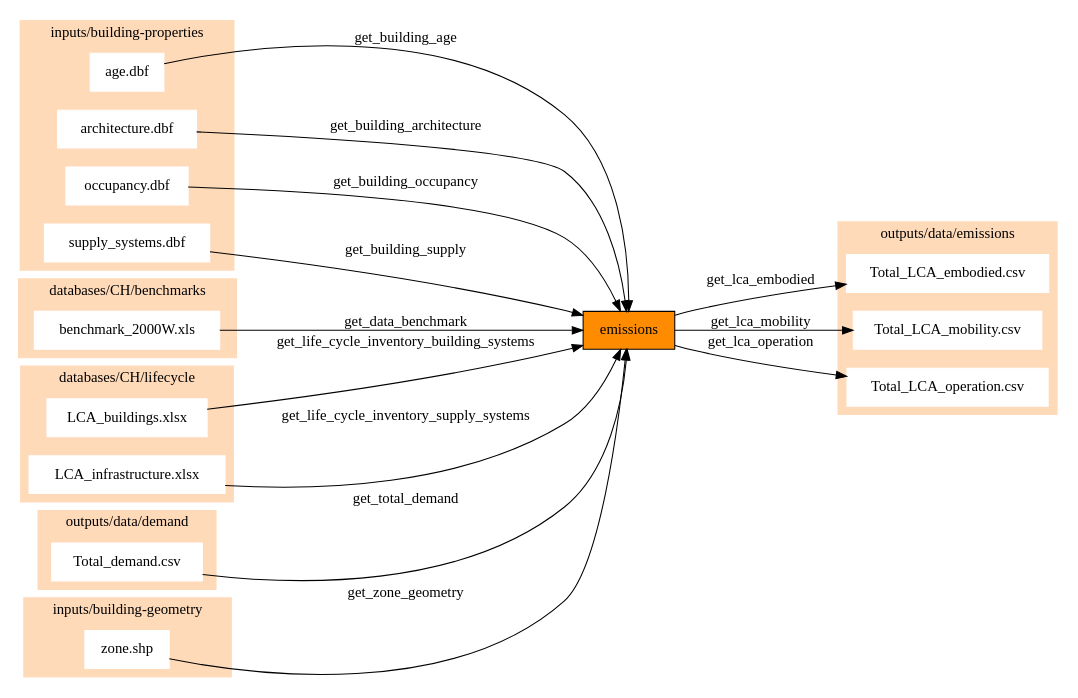
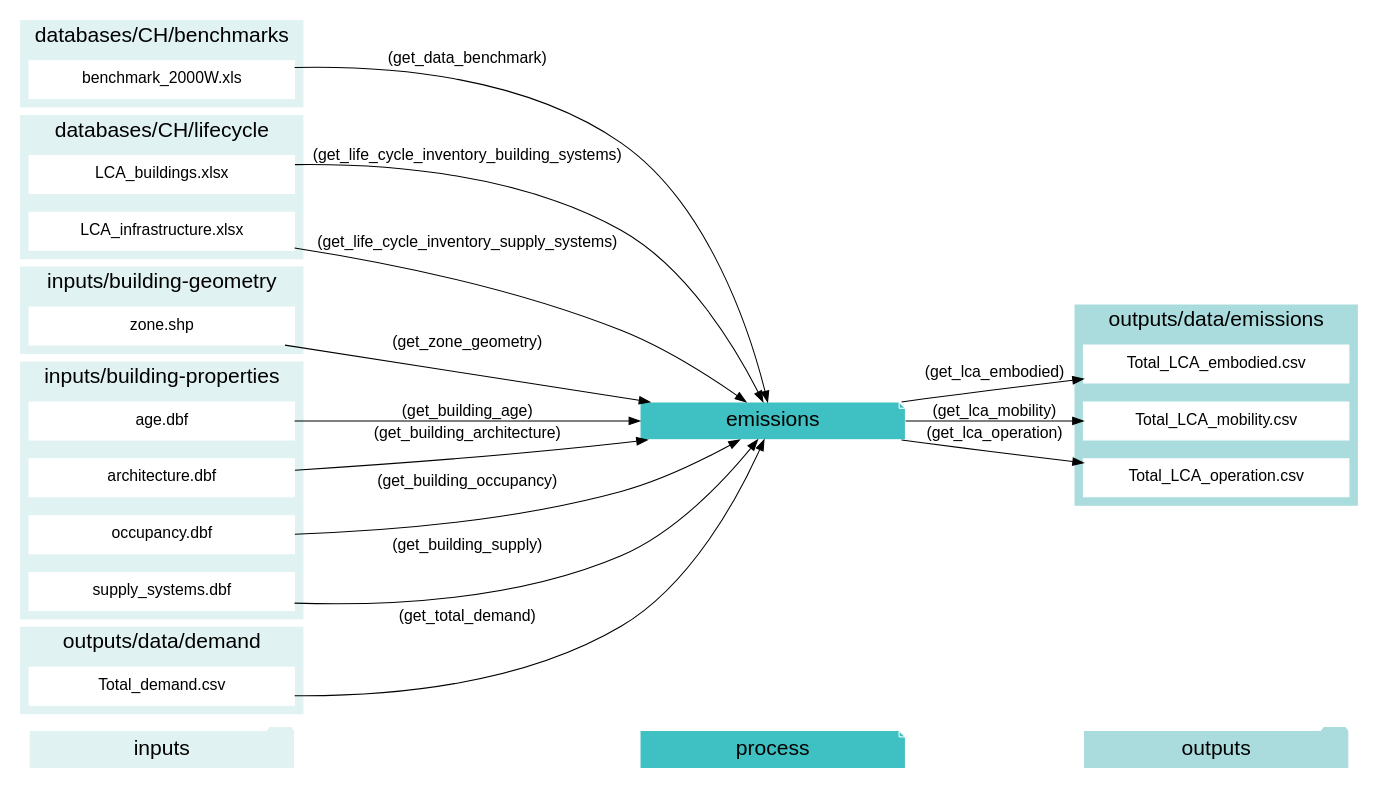
One commit to architecture-building-systems/CityEnergyAnalyst changed the diagram in docs/script_dependencies/emissions.gv. Above: the diagram before and after it, drawn with Graphviz. The commit also changed 20 other files, not shown here.

```diff
--- a/docs/script_dependencies/emissions.gv
+++ b/docs/script_dependencies/emissions.gv
@@ -1,60 +1,83 @@
 digraph trace_inputlocator {
     rankdir="LR";
-    node [shape=box];
-    graph [overlap = false];
-    "emissions"[style=filled, fillcolor=darkorange];
-    "age.dbf" -> "emissions"[label="get_building_age"]
-    "architecture.dbf" -> "emissions"[label="get_building_architecture"]
-    "occupancy.dbf" -> "emissions"[label="get_building_occupancy"]
-    "supply_systems.dbf" -> "emissions"[label="get_building_supply"]
-    "benchmark_2000W.xls" -> "emissions"[label="get_data_benchmark"]
-    "LCA_buildings.xlsx" -> "emissions"[label="get_life_cycle_inventory_building_systems"]
-    "LCA_infrastructure.xlsx" -> "emissions"[label="get_life_cycle_inventory_supply_systems"]
-    "Total_demand.csv" -> "emissions"[label="get_total_demand"]
-    "zone.shp" -> "emissions"[label="get_zone_geometry"]
-    "emissions" -> "Total_LCA_embodied.csv"[label="get_lca_embodied"]
-    "emissions" -> "Total_LCA_mobility.csv"[label="get_lca_mobility"]
-    "emissions" -> "Total_LCA_operation.csv"[label="get_lca_operation"]
-    subgraph cluster_0 {
+    graph [overlap=false, fontname=arial];
+    node [shape=box, style=filled, color=white, fontsize=15, fontname=arial, fixedsize=true, width=3.5];
+    edge [fontname=arial, fontsize = 15]
+    newrank=true
+    subgraph cluster_legend {
+    fontsize=25
+    style=invis
+    "process"[style=filled, fillcolor="#3FC0C2", shape=note, fontsize=20, fontname="arial"]
+    "inputs" [style=filled, shape=folder, color=white, fillcolor="#E1F2F2", fontsize=20]
+    "outputs"[style=filled, shape=folder, color=white, fillcolor="#aadcdd", fontsize=20]
+    "inputs"->"process"[style=invis]
+    "process"->"outputs"[style=invis]
+    }
+    "emissions"[style=filled, color=white, fillcolor="#3FC0C2", shape=note, fontsize=20, fontname=arial];
+    subgraph cluster_0_in {
         style = filled;
-        color = peachpuff;
+        color = "#E1F2F2";
+        fontsize = 20;
+        rank=same;
         label="databases/CH/benchmarks";
-    "benchmark_2000W.xls"[style=filled, color=white]
+        "benchmark_2000W.xls"
     }
-    subgraph cluster_1 {
+    subgraph cluster_1_in {
         style = filled;
-        color = peachpuff;
+        color = "#E1F2F2";
+        fontsize = 20;
+        rank=same;
         label="databases/CH/lifecycle";
-    "LCA_buildings.xlsx"[style=filled, color=white]
-    "LCA_infrastructure.xlsx"[style=filled, color=white]
+        "LCA_buildings.xlsx"
+        "LCA_infrastructure.xlsx"
     }
-    subgraph cluster_2 {
+    subgraph cluster_2_in {
         style = filled;
-        color = peachpuff;
+        color = "#E1F2F2";
+        fontsize = 20;
+        rank=same;
         label="inputs/building-geometry";
-    "zone.shp"[style=filled, color=white]
+        "zone.shp"
     }
-    subgraph cluster_3 {
+    subgraph cluster_3_in {
         style = filled;
-        color = peachpuff;
+        color = "#E1F2F2";
+        fontsize = 20;
+        rank=same;
         label="inputs/building-properties";
-    "age.dbf"[style=filled, color=white]
-    "architecture.dbf"[style=filled, color=white]
-    "occupancy.dbf"[style=filled, color=white]
-    "supply_systems.dbf"[style=filled, color=white]
+        "age.dbf"
+        "architecture.dbf"
+        "occupancy.dbf"
+        "supply_systems.dbf"
     }
-    subgraph cluster_4 {
+    subgraph cluster_4_in {
         style = filled;
-        color = peachpuff;
+        color = "#E1F2F2";
+        fontsize = 20;
+        rank=same;
         label="outputs/data/demand";
-    "Total_demand.csv"[style=filled, color=white]
+        "Total_demand.csv"
     }
-    subgraph cluster_5 {
+    subgraph cluster_5_out {
         style = filled;
-        color = peachpuff;
+        color = "#aadcdd";
+        fontsize = 20;
+        rank=same;
         label="outputs/data/emissions";
-    "Total_LCA_embodied.csv"[style=filled, color=white]
-    "Total_LCA_mobility.csv"[style=filled, color=white]
-    "Total_LCA_operation.csv"[style=filled, color=white]
+        "Total_LCA_embodied.csv"
+        "Total_LCA_mobility.csv"
+        "Total_LCA_operation.csv"
     }
-    }
+    "age.dbf" -> "emissions"[label="(get_building_age)"]
+    "architecture.dbf" -> "emissions"[label="(get_building_architecture)"]
+    "occupancy.dbf" -> "emissions"[label="(get_building_occupancy)"]
+    "supply_systems.dbf" -> "emissions"[label="(get_building_supply)"]
+    "benchmark_2000W.xls" -> "emissions"[label="(get_data_benchmark)"]
+    "LCA_buildings.xlsx" -> "emissions"[label="(get_life_cycle_inventory_building_systems)"]
+    "LCA_infrastructure.xlsx" -> "emissions"[label="(get_life_cycle_inventory_supply_systems)"]
+    "Total_demand.csv" -> "emissions"[label="(get_total_demand)"]
+    "zone.shp" -> "emissions"[label="(get_zone_geometry)"]
+    "emissions" -> "Total_LCA_embodied.csv"[label="(get_lca_embodied)"]
+    "emissions" -> "Total_LCA_mobility.csv"[label="(get_lca_mobility)"]
+    "emissions" -> "Total_LCA_operation.csv"[label="(get_lca_operation)"]
+}
```
